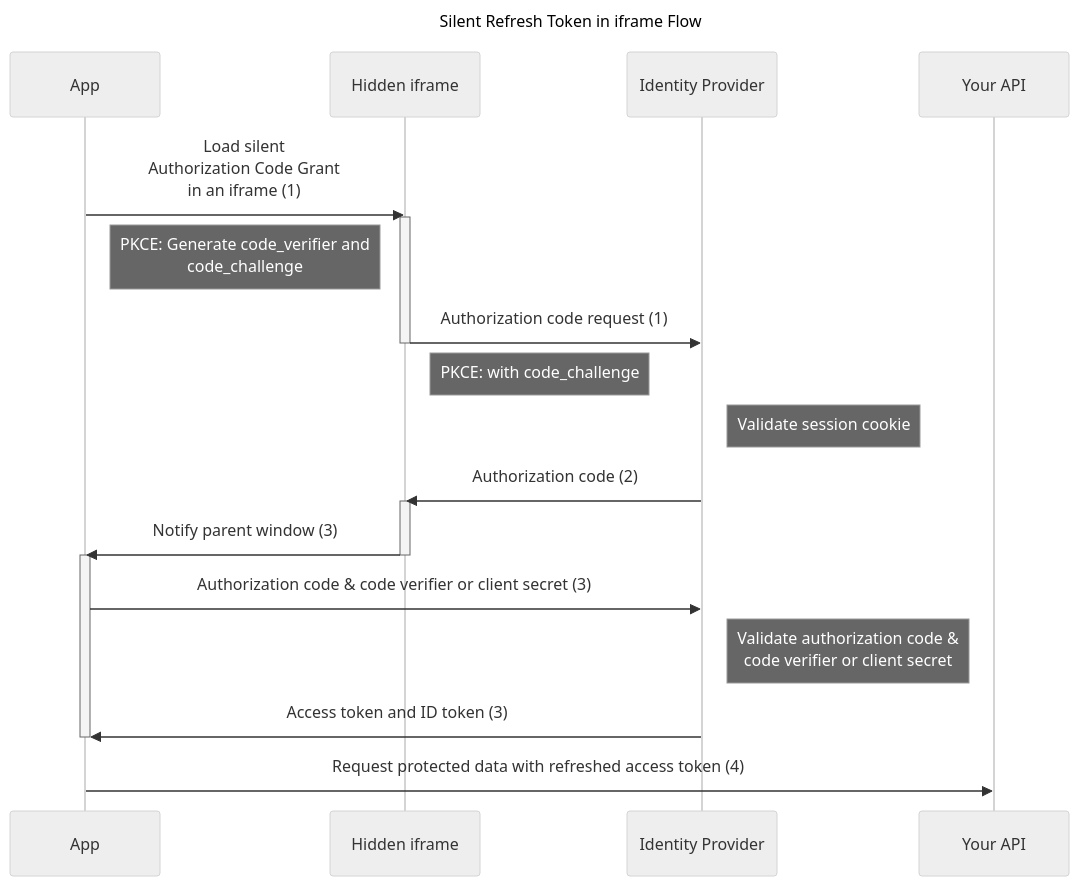
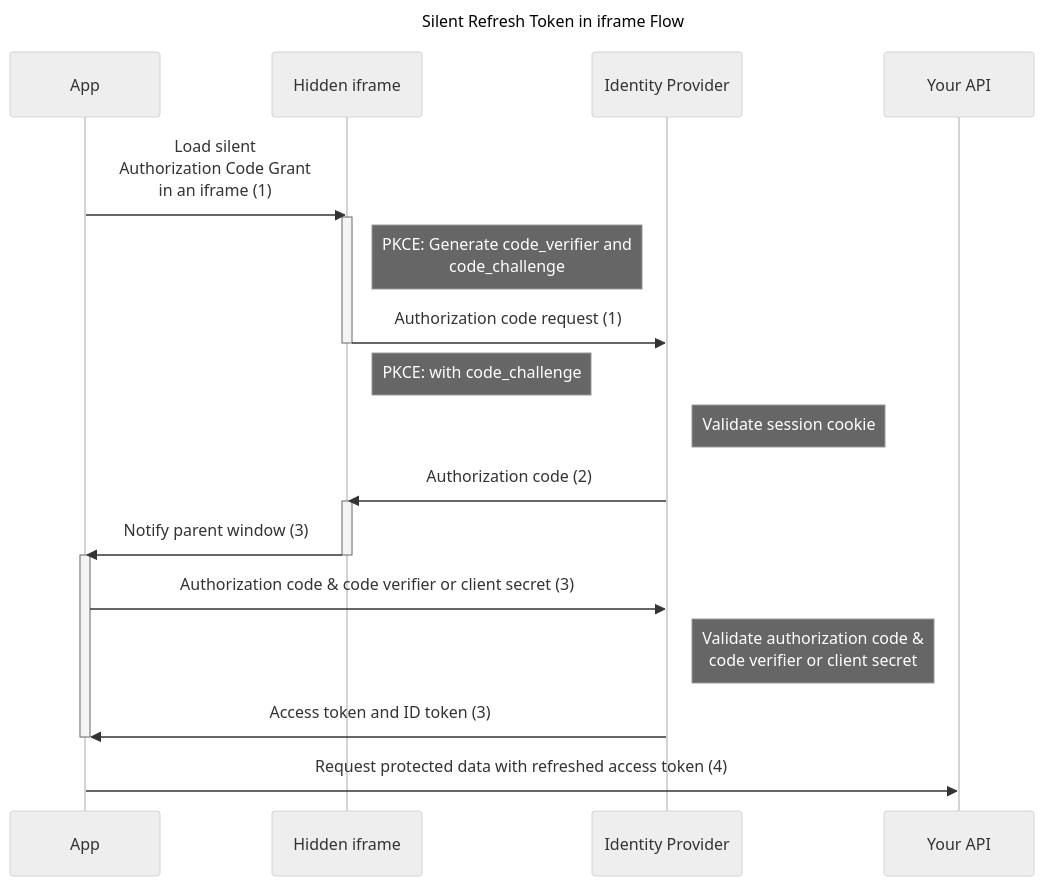
The diagram in docs/protocols/silent-refresh-token-in-iframe-flow.md (authts/oidc-client-ts), drawn with Mermaid (neutral theme) before and after one commit. The commit also changed 1 other file, not shown here.

Commit message:
doc: place notes better

````diff
--- a/docs/protocols/silent-refresh-token-in-iframe-flow.md
+++ b/docs/protocols/silent-refresh-token-in-iframe-flow.md
@@ -12,27 +12,27 @@
 ```mermaid
 ---
 title: Silent Refresh Token in iframe Flow
 ---
 sequenceDiagram
   App->>Hidden iframe: Load silent<br/>Authorization Code Grant<br/>in an iframe (1)
 
   activate Hidden iframe
-  Note left of Hidden iframe: PKCE: Generate code_verifier and<br/>code_challenge
+  Note right of Hidden iframe: PKCE: Generate code_verifier and<br/>code_challenge
   Hidden iframe->>Identity Provider: Authorization code request (1)
   deactivate Hidden iframe
   Note right of Hidden iframe: PKCE: with code_challenge
   Note right of Identity Provider: Validate session cookie
 
   Identity Provider->>Hidden iframe: Authorization code (2)
   activate Hidden iframe
   Hidden iframe->>App: Notify parent window (3)
   deactivate Hidden iframe
 
   activate App
   App->>Identity Provider: Authorization code & code verifier or client secret (3)
   Note right of Identity Provider: Validate authorization code &<br/>code verifier or client secret
   Identity Provider->>App: Access token and ID token (3)
   deactivate App
 
   App->>Your API: Request protected data with refreshed access token (4)
 ```
````
